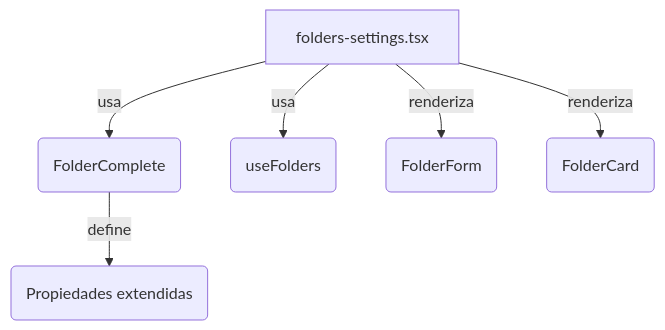
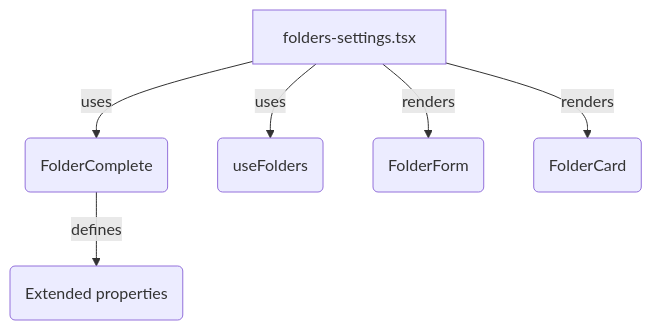
The second of 2 diagrams in src/components/settings/folders/README.md (gvastethecreator/media-manager), drawn with Mermaid before and after one commit. The commit also changed other lines of this file and 104 other files, not shown here.

Commit message:
docs: initialize comprehensive architectural documentation and component-level README files across the repository.

````diff
--- a/src/components/settings/folders/README.md
+++ b/src/components/settings/folders/README.md
@@ -151,8 +171,8 @@
 ```mermaid
 graph TD
-    A[folders-settings.tsx] -->|usa| B(FolderComplete)
-    A -->|usa| C(useFolders)
-    A -->|renderiza| D(FolderForm)
-    A -->|renderiza| E(FolderCard)
-    B -->|define| F(Propiedades extendidas)
+    A[folders-settings.tsx] -->|uses| B(FolderComplete)
+    A -->|uses| C(useFolders)
+    A -->|renders| D(FolderForm)
+    A -->|renders| E(FolderCard)
+    B -->|defines| F(Extended properties)
 ```
````
